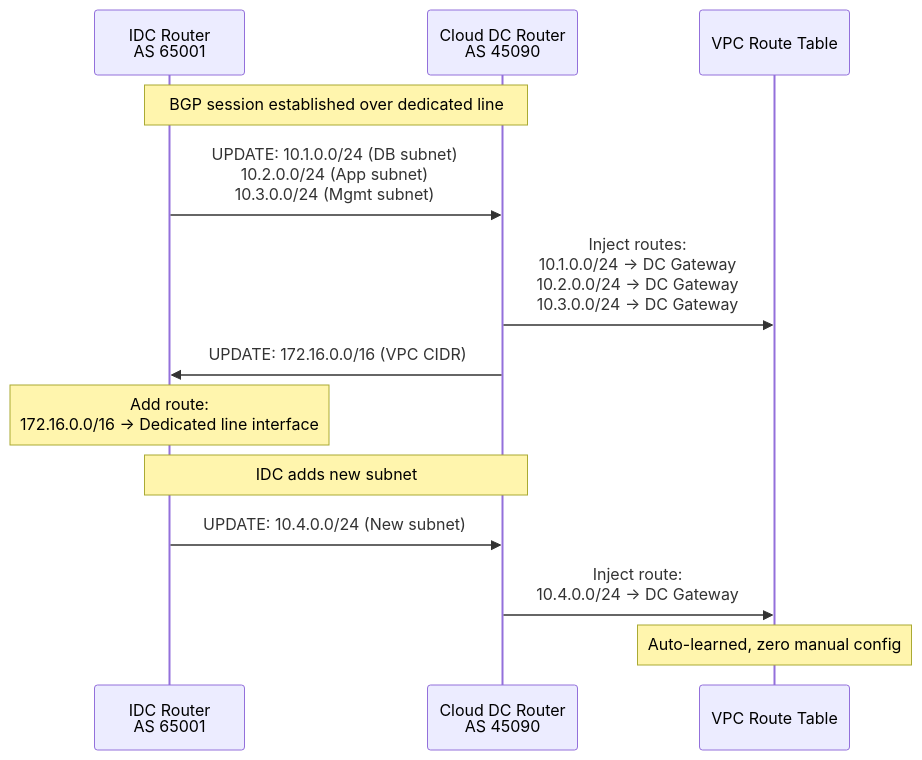
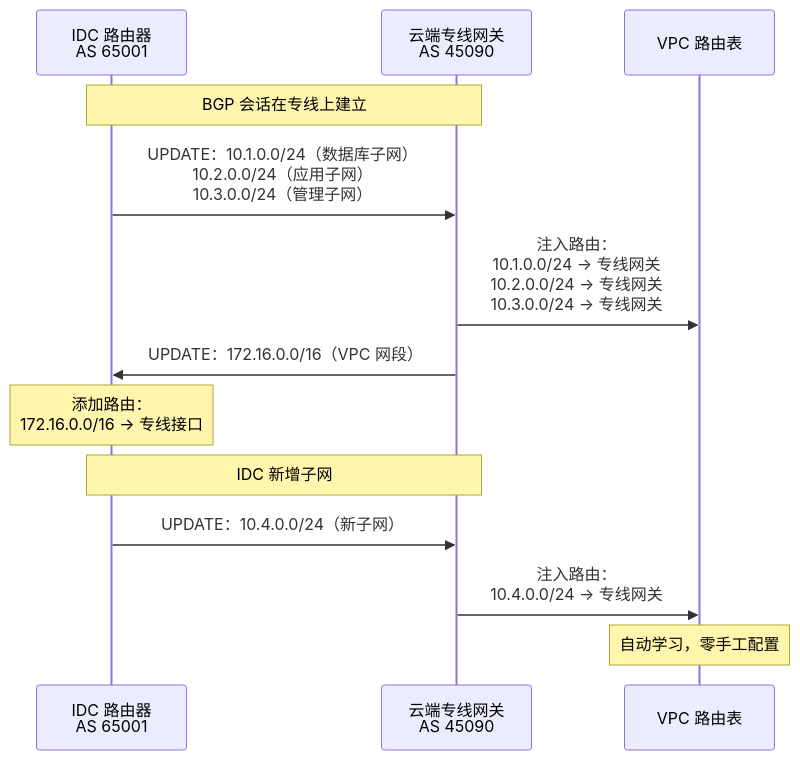
Before and after one commit to caozhiyi/network-book: the second of 4 diagrams in docs/21.拉一根光纤专线接入.md, drawn with Mermaid. The commit also changed other lines of this file and 36 other files, not shown here.

````diff
--- a/docs/21.拉一根光纤专线接入.md
+++ b/docs/21.拉一根光纤专线接入.md
@@ -121,17 +103,17 @@
 ```mermaid
 sequenceDiagram
-    participant IDC as IDC Router<br/>AS 65001
-    participant DC as Cloud DC Router<br/>AS 45090
-    participant VPC as VPC Route Table
+    participant IDC as IDC 路由器<br/>AS 65001
+    participant DC as 云端专线网关<br/>AS 45090
+    participant VPC as VPC 路由表
 
-    Note over IDC,DC: BGP session established over dedicated line
-    IDC->>DC: UPDATE: 10.1.0.0/24 (DB subnet)<br/>10.2.0.0/24 (App subnet)<br/>10.3.0.0/24 (Mgmt subnet)
-    DC->>VPC: Inject routes:<br/>10.1.0.0/24 → DC Gateway<br/>10.2.0.0/24 → DC Gateway<br/>10.3.0.0/24 → DC Gateway
-    DC->>IDC: UPDATE: 172.16.0.0/16 (VPC CIDR)
-    Note over IDC: Add route:<br/>172.16.0.0/16 → Dedicated line interface
+    Note over IDC,DC: BGP 会话在专线上建立
+    IDC->>DC: UPDATE：10.1.0.0/24（数据库子网）<br/>10.2.0.0/24（应用子网）<br/>10.3.0.0/24（管理子网）
+    DC->>VPC: 注入路由：<br/>10.1.0.0/24 → 专线网关<br/>10.2.0.0/24 → 专线网关<br/>10.3.0.0/24 → 专线网关
+    DC->>IDC: UPDATE：172.16.0.0/16（VPC 网段）
+    Note over IDC: 添加路由：<br/>172.16.0.0/16 → 专线接口
 
-    Note over IDC,DC: IDC adds new subnet
-    IDC->>DC: UPDATE: 10.4.0.0/24 (New subnet)
-    DC->>VPC: Inject route:<br/>10.4.0.0/24 → DC Gateway
-    Note over VPC: Auto-learned, zero manual config
+    Note over IDC,DC: IDC 新增子网
+    IDC->>DC: UPDATE：10.4.0.0/24（新子网）
+    DC->>VPC: 注入路由：<br/>10.4.0.0/24 → 专线网关
+    Note over VPC: 自动学习，零手工配置
 ```
````
